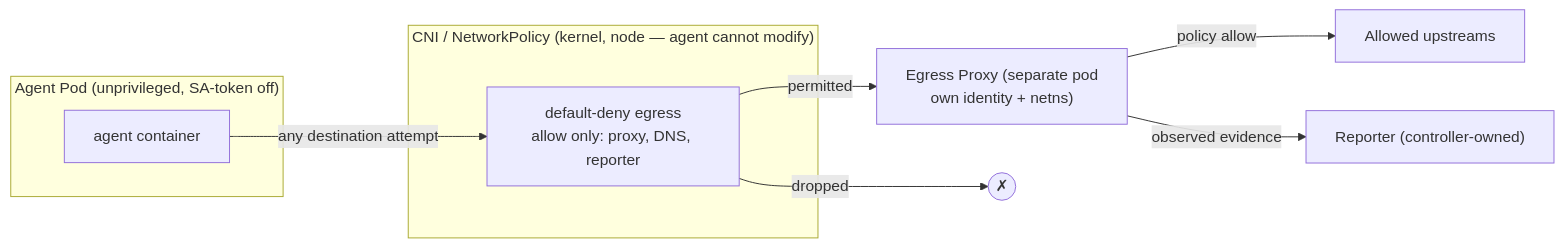
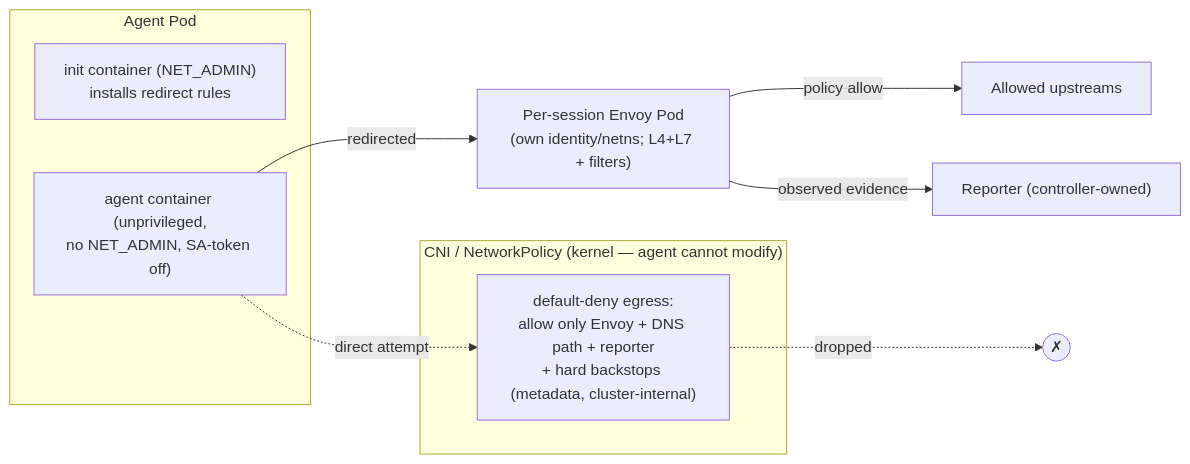
One commit to grantbarry29/Scrutineer changed the diagram in docs/design/evidence-integrity.md. Above: the diagram before and after it, drawn with Mermaid. The commit also changed other lines of this file, not shown here.

First line of the commit message:
docs(design): finalize evidence-integrity — per-session Envoy chokepoint (refs #8)

````diff
--- a/docs/design/evidence-integrity.md
+++ b/docs/design/evidence-integrity.md
@@ -35,18 +44,19 @@
 ```mermaid
 flowchart LR
-  subgraph agentpod["Agent Pod (unprivileged, SA-token off)"]
-    agent["agent container"]
+  subgraph agentpod["Agent Pod"]
+    init["init container (NET_ADMIN)\ninstalls redirect rules"]
+    agent["agent container (unprivileged,\nno NET_ADMIN, SA-token off)"]
   end
-  subgraph np["CNI / NetworkPolicy (kernel, node — agent cannot modify)"]
-    deny["default-deny egress\nallow only: proxy, DNS, reporter"]
+  subgraph cni["CNI / NetworkPolicy (kernel — agent cannot modify)"]
+    lock["default-deny egress:\nallow only Envoy + DNS path + reporter\n+ hard backstops (metadata, cluster-internal)"]
   end
-  proxy["Egress Proxy (separate pod\nown identity + netns)"]
+  envoy["Per-session Envoy Pod\n(own identity/netns; L4+L7 + filters)"]
   reporter["Reporter (controller-owned)"]
-  upstream["Allowed upstreams"]
+  up["Allowed upstreams"]
 
-  agent -->|any destination attempt| deny
-  deny -->|dropped| x((✗))
-  deny -->|permitted| proxy
-  proxy -->|policy allow| upstream
-  proxy -->|observed evidence| reporter
+  agent -->|redirected| envoy
+  agent -.->|direct attempt| lock
+  lock -.->|dropped| x((✗))
+  envoy -->|policy allow| up
+  envoy -->|observed evidence| reporter
 ```
````
